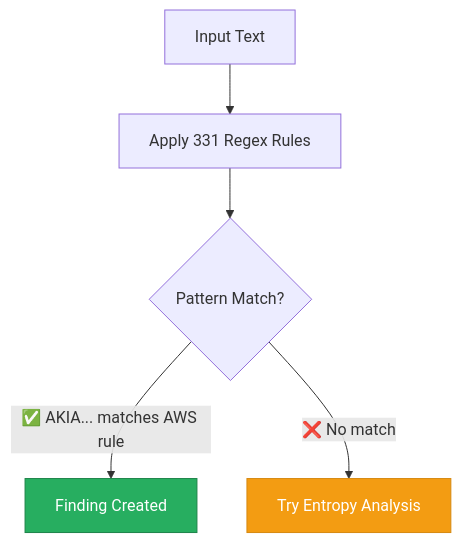
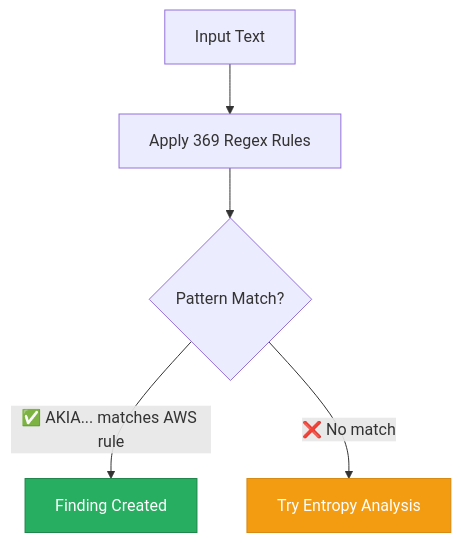
One commit to svemulapati/CredVigil changed the fifth of 40 diagrams in docs/training/01-core-detection-engine.md. Above: the diagram before and after it, drawn with Mermaid. The commit also changed other lines of this file and 20 other files, not shown here.

````diff
--- a/docs/training/01-core-detection-engine.md
+++ b/docs/training/01-core-detection-engine.md
@@ -302,9 +302,9 @@
 ```mermaid
 flowchart TD
-    A["Input Text"] --> B["Apply 331 Regex Rules"]
+    A["Input Text"] --> B["Apply 369 Regex Rules"]
     B --> C{"Pattern Match?"}
     C -->|"✅ AKIA... matches AWS rule"| D["Finding Created"]
     C -->|"❌ No match"| E["Try Entropy Analysis"]
     style D fill:#27AE60,stroke:#1E8449,color:#fff
     style E fill:#F39C12,stroke:#D68910,color:#fff
 ```
````
